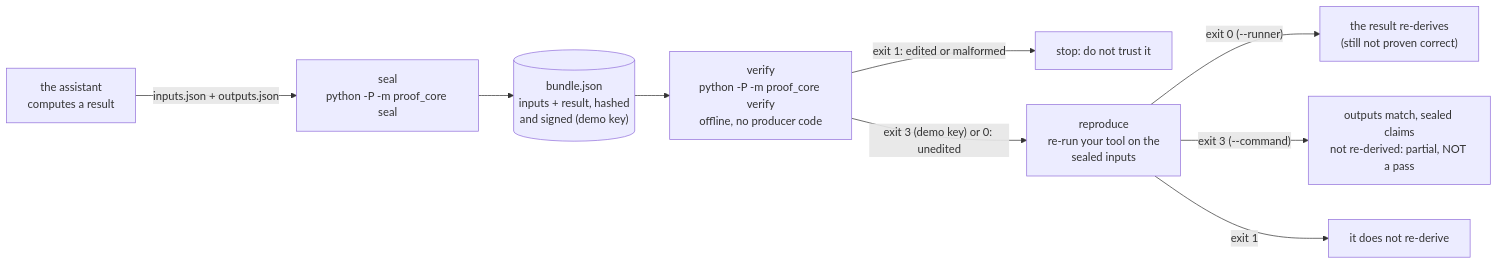
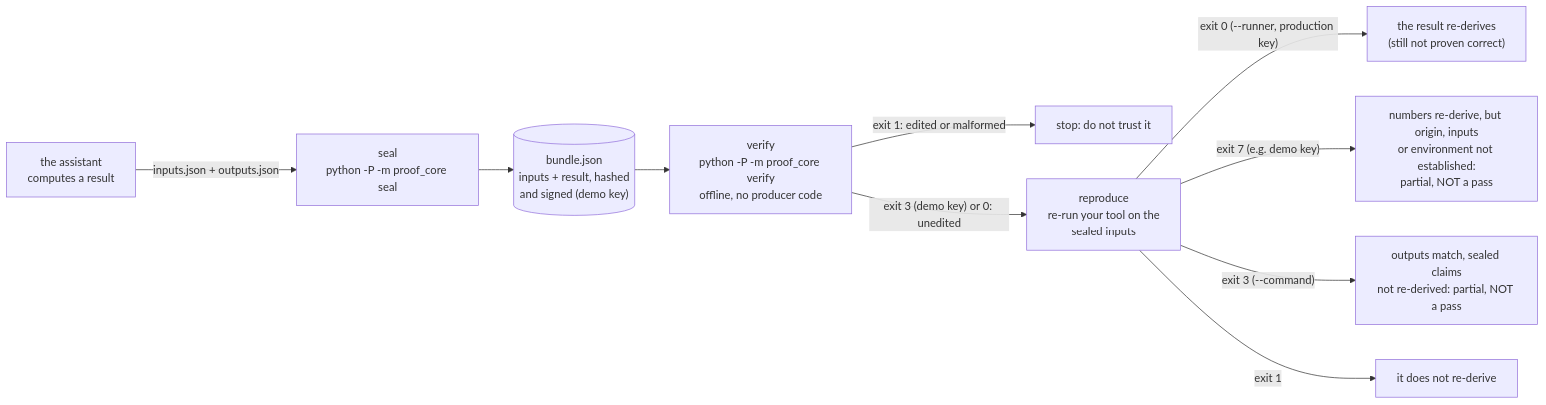
One commit to SMRFORGE/proof-core changed the first of 3 diagrams in README.md. Above: the diagram before and after it, drawn with Mermaid. The commit also changed other lines of this file and 21 other files, not shown here.

First line of the commit message:
release: v0.8.0 (vendor proof-core v0.29.0; reproduce exit 7 partial, strict reproduced, API mints v4)

````diff
--- a/README.md
+++ b/README.md
@@ -75,11 +75,12 @@
 ```mermaid
 flowchart LR
     A["the assistant<br/>computes a result"] -->|"inputs.json + outputs.json"| S["seal<br/>python -P -m proof_core seal"]
     S --> B[("bundle.json<br/>inputs + result, hashed<br/>and signed (demo key)")]
     B --> V["verify<br/>python -P -m proof_core verify<br/>offline, no producer code"]
     V -->|"exit 1: edited or malformed"| X["stop: do not trust it"]
     V -->|"exit 3 (demo key) or 0: unedited"| R["reproduce<br/>re-run your tool on the<br/>sealed inputs"]
-    R -->|"exit 0 (--runner)"| OK["the result re-derives<br/>(still not proven correct)"]
+    R -->|"exit 0 (--runner, production key)"| OK["the result re-derives<br/>(still not proven correct)"]
+    R -->|"exit 7 (e.g. demo key)"| PART7["numbers re-derive, but origin, inputs<br/>or environment not established:<br/>partial, NOT a pass"]
     R -->|"exit 3 (--command)"| PART["outputs match, sealed claims<br/>not re-derived: partial, NOT a pass"]
     R -->|"exit 1"| NR["it does not re-derive"]
 ```
````
